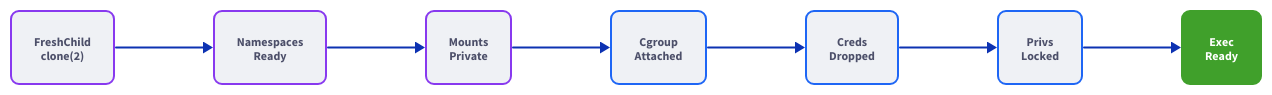
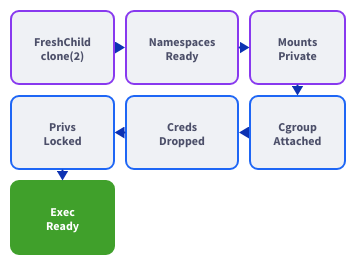
Before and after one commit to orkait/rustbox: the diagram in docs-site/src/assets/diagrams/typestate.d2, drawn with D2. The commit also changed 4 other files, not shown here.

First line of the commit message:
docs: restore rich lifecycle diagram, snake typestate (3 per row)

```diff
--- a/docs-site/src/assets/diagrams/typestate.d2
+++ b/docs-site/src/assets/diagrams/typestate.d2
@@ -1,67 +1,74 @@
-direction: right
+grid-rows: 3
+grid-columns: 3
+grid-gap: 12
 
 fresh: {
   label: "FreshChild\nclone(2)"
   style.fill: "#eff1f5"
   style.stroke: "#8839ef"
   style.font-color: "#4c4f69"
   style.border-radius: 8
   style.font-size: 12
 }
 
 ns: {
   label: "Namespaces\nReady"
   style.fill: "#eff1f5"
   style.stroke: "#8839ef"
   style.font-color: "#4c4f69"
   style.border-radius: 8
   style.font-size: 12
 }
 
 mnt: {
   label: "Mounts\nPrivate"
   style.fill: "#eff1f5"
   style.stroke: "#8839ef"
   style.font-color: "#4c4f69"
   style.border-radius: 8
   style.font-size: 12
 }
 
-cg: {
-  label: "Cgroup\nAttached"
+# Row 2: right-to-left order (snake reversal)
+priv: {
+  label: "Privs\nLocked"
   style.fill: "#eff1f5"
   style.stroke: "#1e66f5"
   style.font-color: "#4c4f69"
   style.border-radius: 8
   style.font-size: 12
 }
 
 cred: {
   label: "Creds\nDropped"
   style.fill: "#eff1f5"
   style.stroke: "#1e66f5"
   style.font-color: "#4c4f69"
   style.border-radius: 8
   style.font-size: 12
 }
 
-priv: {
-  label: "Privs\nLocked"
+cg: {
+  label: "Cgroup\nAttached"
   style.fill: "#eff1f5"
   style.stroke: "#1e66f5"
   style.font-color: "#4c4f69"
   style.border-radius: 8
   style.font-size: 12
 }
 
+# Row 3
 exec: {
   label: "Exec\nReady"
   style.fill: "#40a02b"
   style.stroke: "#40a02b"
   style.font-color: "#ffffff"
   style.border-radius: 8
   style.font-size: 12
   style.bold: true
 }
 
-fresh -> ns -> mnt -> cg -> cred -> priv -> exec
+fresh -> ns -> mnt
+mnt -> cg
+cg -> cred -> priv
+priv -> exec
```
